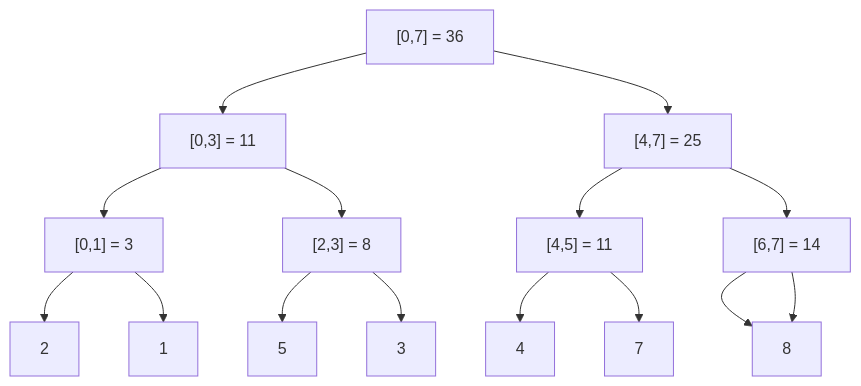
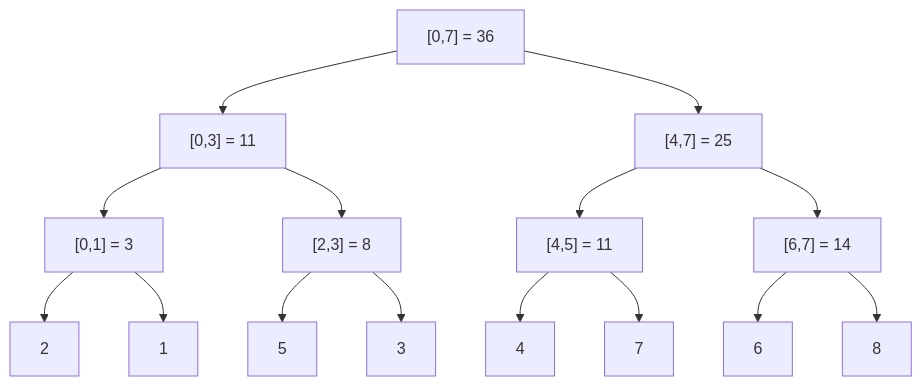
The third of 6 diagrams in Data_Structure_and_Algorithms/07_Tree-Shaped_Deep_Forest/README.md (SamueleGalli/leetCode-quests), drawn with Mermaid before and after one commit. The commit also changed other lines of this file and 1 other file, not shown here.

````diff
--- a/Data_Structure_and_Algorithms/07_Tree-Shaped_Deep_Forest/README.md
+++ b/Data_Structure_and_Algorithms/07_Tree-Shaped_Deep_Forest/README.md
@@ -40,17 +70,17 @@
     ```mermaid
     graph TD
         A["[0,7] = 36"] --> B["[0,3] = 11"]
         A --> C["[4,7] = 25"]
         B --> D["[0,1] = 3"]
         B --> E["[2,3] = 8"]
         D --> F[2]
         D --> G[1]
         E --> H[5]
         E --> I[3]
         C --> J["[4,5] = 11"]
         C --> K["[6,7] = 14"]
         J --> L[4]
         J --> M[7]
         K --> N[6]
-        K --> N[8]
+        K --> O[8]
     ```
````
